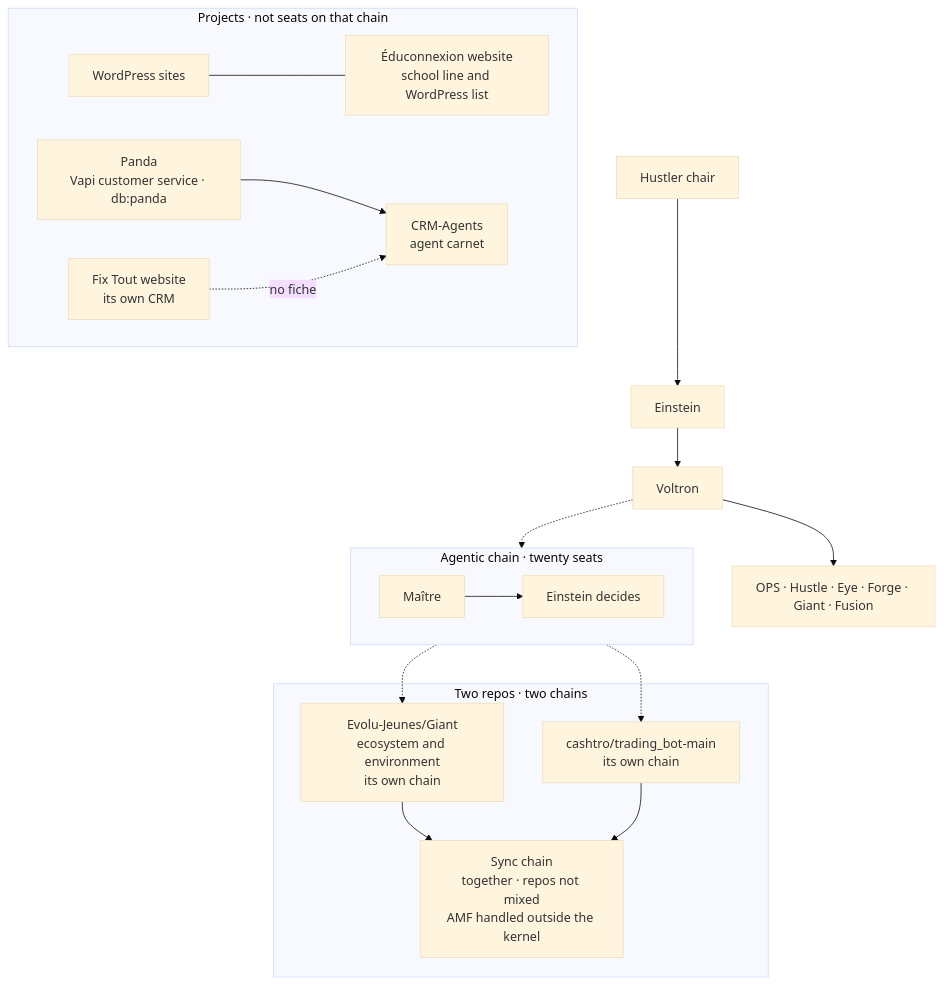
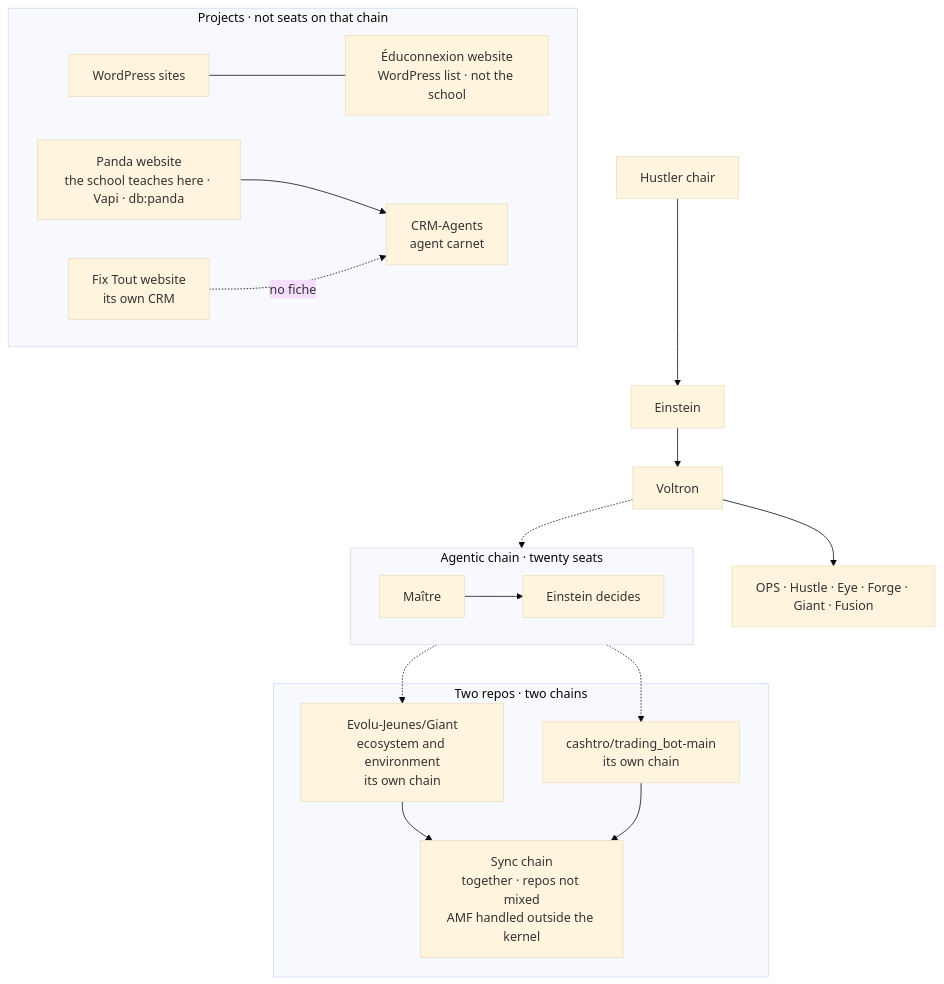
Before and after one commit to cashtro/cashtro: the fourth of 4 diagrams in inventory/GRAPH.md, drawn with Mermaid (base theme). The commit also changed 17 other files, not shown here.

First line of the commit message:
Take Éduconnexion off the school and show the chain corrector.

````diff
--- a/inventory/GRAPH.md
+++ b/inventory/GRAPH.md
@@ -98,33 +98,33 @@
 ```mermaid
 flowchart TB
   hustler[Hustler chair] --> einstein[Einstein]
   einstein --> voltron[Voltron]
   voltron --> layers["OPS · Hustle · Eye · Forge · Giant · Fusion"]
 
   subgraph chain [Agentic chain · twenty seats]
     maitre[Maître] --> einstein2[Einstein decides]
   end
   voltron -.-> chain
 
   subgraph projects [Projects · not seats on that chain]
     wp[WordPress sites]
-    edu["Éduconnexion website<br/>school line and WordPress list"]
-    panda["Panda<br/>Vapi customer service · db:panda"]
+    edu["Éduconnexion website<br/>WordPress list · not the school"]
+    panda["Panda website<br/>the school teaches here · Vapi · db:panda"]
     carnet["CRM-Agents<br/>agent carnet"]
     fix["Fix Tout website<br/>its own CRM"]
   end
 
   subgraph pair [Two repos · two chains]
     giant["Evolu-Jeunes/Giant<br/>ecosystem and environment<br/>its own chain"]
     bot["cashtro/trading_bot-main<br/>its own chain"]
     sync["Sync chain<br/>together · repos not mixed<br/>AMF handled outside the kernel"]
   end
 
   giant --> sync
   bot --> sync
   chain -.-> giant
   chain -.-> bot
   wp --- edu
   panda --> carnet
   fix -. no fiche .-> carnet
 ```
````
